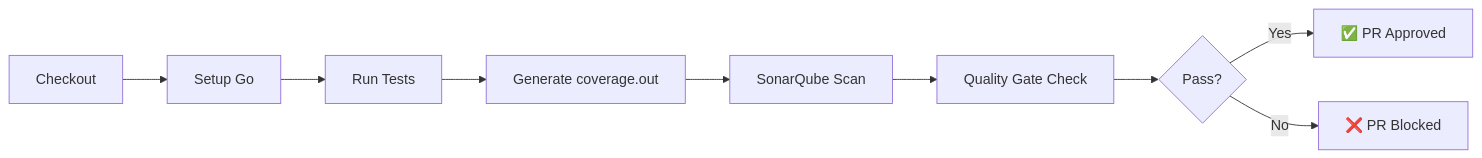
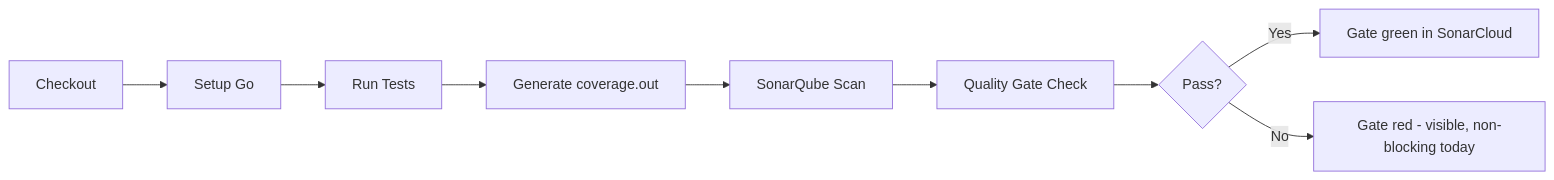
The diagram in docs/platform/sonarcloud.md (duynhlab/homelab), drawn with Mermaid before and after one commit. The commit also changed other lines of this file and 7 other files, not shown here.

````diff
--- a/docs/platform/sonarcloud.md
+++ b/docs/platform/sonarcloud.md
@@ -16,11 +16,11 @@
 ```mermaid
 flowchart LR
     A[Checkout] --> B[Setup Go]
     B --> C[Run Tests]
     C --> D[Generate coverage.out]
     D --> E[SonarQube Scan]
     E --> F[Quality Gate Check]
     F --> G{Pass?}
-    G -->|Yes| H[✅ PR Approved]
-    G -->|No| I[❌ PR Blocked]
+    G -->|Yes| H[Gate green in SonarCloud]
+    G -->|No| I[Gate red - visible, non-blocking today]
 ```
````
